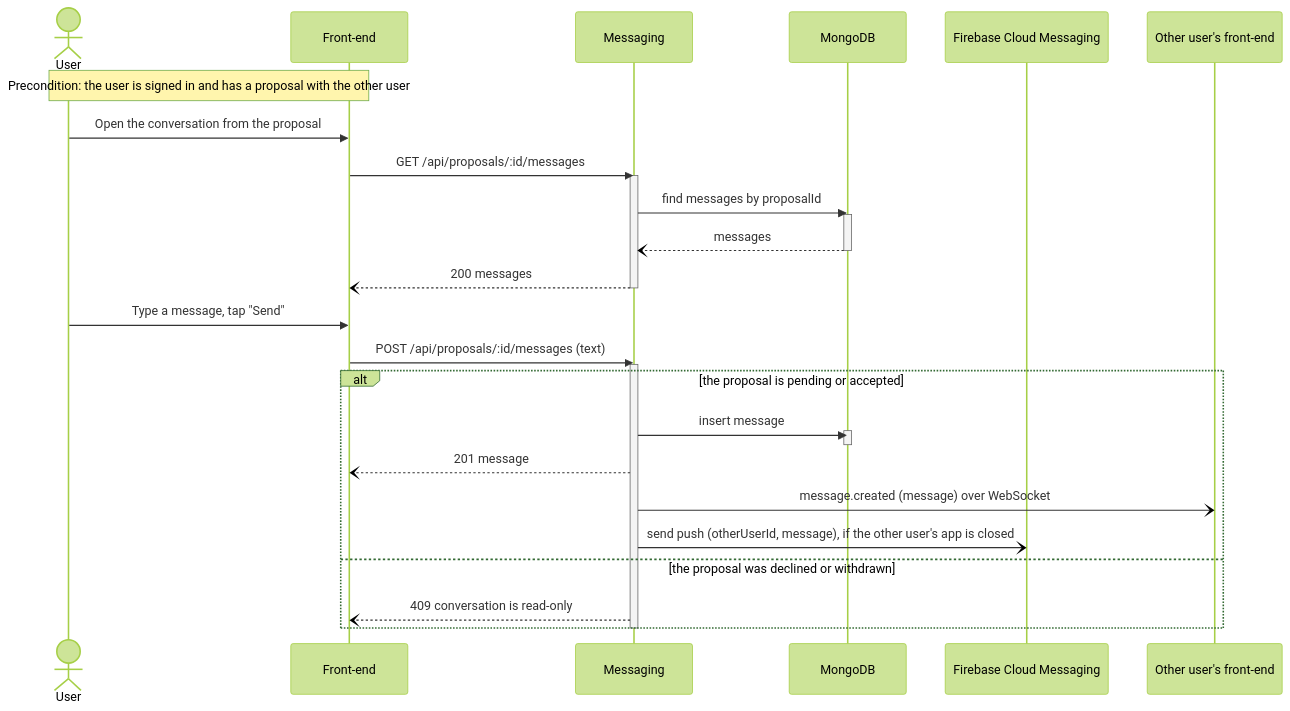
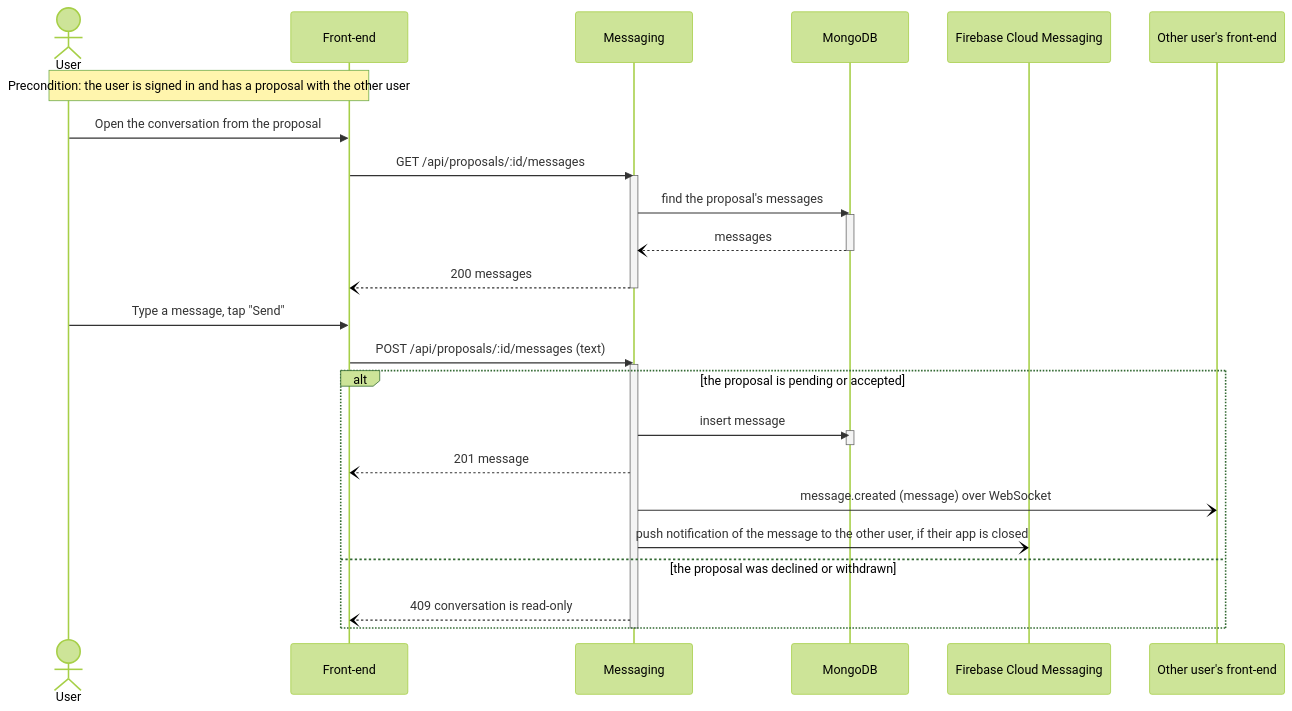
The fifth of 6 diagrams in documentation/Requirements_and_Design.md (m1lun/m1skeletonProject), drawn with Mermaid (forest theme) before and after one commit. The commit also changed other lines of this file, not shown here.

Commit message:
docs: describe undefined terms in the sequence diagrams in words

````diff
--- a/documentation/Requirements_and_Design.md
+++ b/documentation/Requirements_and_Design.md
@@ -592,33 +592,33 @@
 ```mermaid
 sequenceDiagram
     actor U as User
     participant FE as Front-end
     participant MS as Messaging
     participant DB as MongoDB
     participant FCM as Firebase Cloud Messaging
     participant O as Other user's front-end
     Note over U,FE: Precondition: the user is signed in and has a proposal with the other user
     U->>FE: Open the conversation from the proposal
     FE->>MS: GET /api/proposals/:id/messages
     activate MS
-    MS->>DB: find messages by proposalId
+    MS->>DB: find the proposal's messages
     activate DB
     DB--)MS: messages
     deactivate DB
     MS--)FE: 200 messages
     deactivate MS
     U->>FE: Type a message, tap "Send"
     FE->>MS: POST /api/proposals/:id/messages (text)
     activate MS
     alt the proposal is pending or accepted
         MS->>DB: insert message
         activate DB
         deactivate DB
         MS--)FE: 201 message
         MS-)O: message.created (message) over WebSocket
-        MS-)FCM: send push (otherUserId, message), if the other user's app is closed
+        MS-)FCM: push notification of the message to the other user, if their app is closed
     else the proposal was declined or withdrawn
         MS--)FE: 409 conversation is read-only
     end
     deactivate MS
 ```
````
